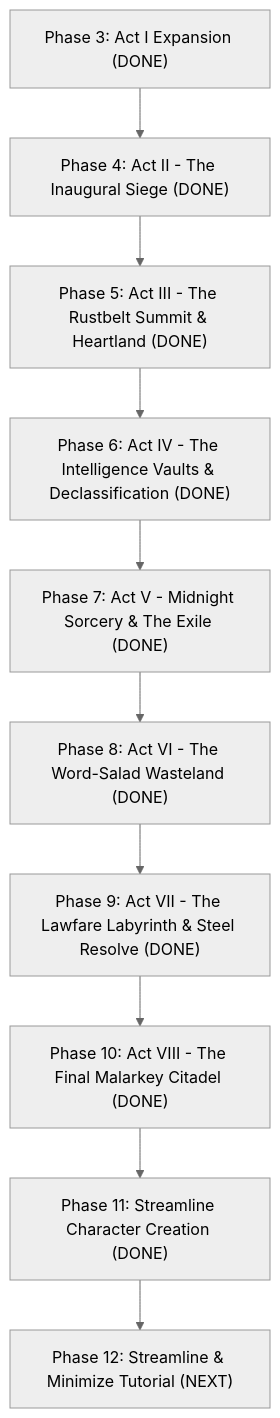
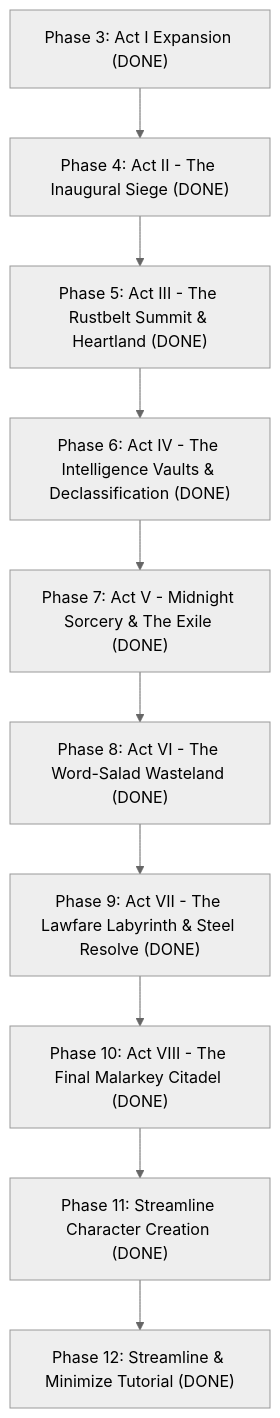
One commit to Todd0042/commander-america-rpg changed the diagram in PROJECT_HANDOFF_PLAN.md. Above: the diagram before and after it, drawn with Mermaid (neutral theme). The commit also changed other lines of this file and 3 other files, not shown here.

Commit message:
Complete Phase 12: Streamline & Minimize Tutorial into Patriot Bootcamp

````diff
--- a/PROJECT_HANDOFF_PLAN.md
+++ b/PROJECT_HANDOFF_PLAN.md
@@ -192,12 +200,12 @@
 ```mermaid
 flowchart TD
     P3["Phase 3: Act I Expansion (DONE)"] --> P4["Phase 4: Act II - The Inaugural Siege (DONE)"]
     P4 --> P5["Phase 5: Act III - The Rustbelt Summit & Heartland (DONE)"]
     P5 --> P6["Phase 6: Act IV - The Intelligence Vaults & Declassification (DONE)"]
     P6 --> P7["Phase 7: Act V - Midnight Sorcery & The Exile (DONE)"]
     P7 --> P8["Phase 8: Act VI - The Word-Salad Wasteland (DONE)"]
     P8 --> P9["Phase 9: Act VII - The Lawfare Labyrinth & Steel Resolve (DONE)"]
     P9 --> P10["Phase 10: Act VIII - The Final Malarkey Citadel (DONE)"]
     P10 --> P11["Phase 11: Streamline Character Creation (DONE)"]
-    P11 --> P12["Phase 12: Streamline & Minimize Tutorial (NEXT)"]
+    P11 --> P12["Phase 12: Streamline & Minimize Tutorial (DONE)"]
 ```
````
